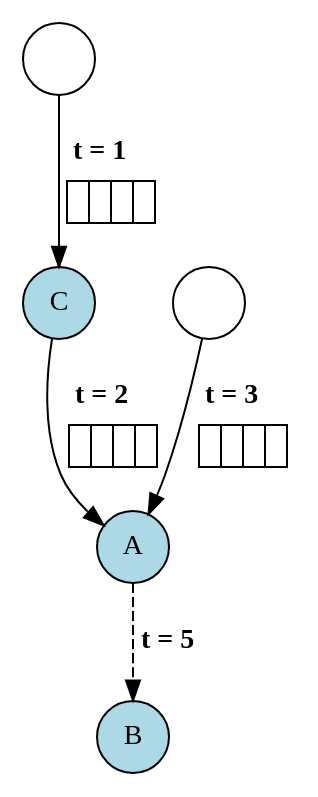
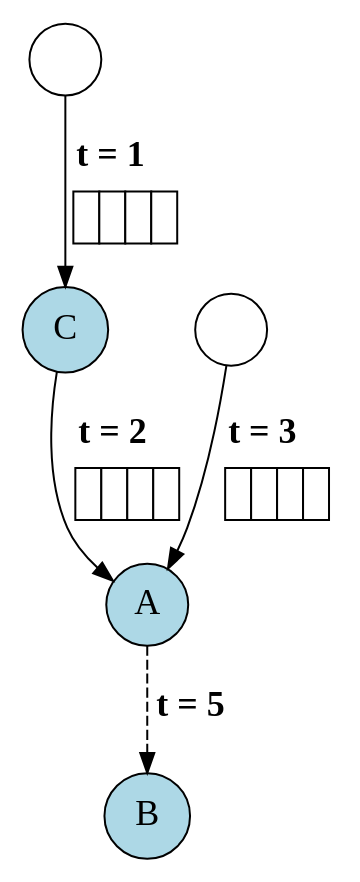
One commit to ds-jrg/TGNNSHAP changed the diagram in Documents/Graphs/Not_masked_Example.dot. Above: the diagram before and after it, drawn with Graphviz. The commit also changed 16 other files, not shown here.

```diff
--- a/Documents/Graphs/Not_masked_Example.dot
+++ b/Documents/Graphs/Not_masked_Example.dot
@@ -1,92 +1,93 @@
 digraph G {
     // A -> B [
     //     label=<
     //     <TABLE BORDER="0" CELLBORDER="1" CELLSPACING="0">
     //         <TR>
     //             <TD BGCOLOR="#eeeeee">0.1</TD>
     //             <TD BGCOLOR="#999999">0.8</TD>
     //             <TD BGCOLOR="#cccccc">0.4</TD>
     //             <TD BGCOLOR="#555555">0.9</TD>
     //         </TR>
     //     </TABLE>
     //     >
     // ];
     margin=0
-    node[label="", shape=circle]
+    node[label="", shape=circle, fontsize=18]
+    edge[fontsize=18]
 
     A [fillcolor=lightblue, style=filled, label="A"];
     B [fillcolor=lightblue, style=filled, label="B"];
     C [fillcolor=lightblue, style=filled, label="C"];
 
     A1 [label = ""];
     A21 [label = ""];
 
     A -> B [label=<
         <TABLE BORDER="0" CELLBORDER="0" CELLSPACING="2">
             <TR>
                 <TD><B>t = 5</B></TD>
             </TR>
         </TABLE>
         >, style=dashed]
     A1 -> A [label=<
         <TABLE BORDER="0" CELLBORDER="0" CELLSPACING="2">
             <TR>
                 <TD><B>t = 3</B></TD>
             </TR>
             <TR>
                 <TD>
                     <TABLE BORDER="0" CELLBORDER="1" CELLSPACING="0">
                         <TR>
                             <TD BGCOLOR="#ffffff"> </TD>
                             <TD BGCOLOR="#ffffff"> </TD>
                             <TD BGCOLOR="#ffffff"> </TD>
                             <TD BGCOLOR="#ffffff"> </TD>
                         </TR>
                     </TABLE>
                 </TD>
             </TR>
 
         </TABLE>
         >]
     C -> A [label=<
         <TABLE BORDER="0" CELLBORDER="0" CELLSPACING="2">
             <TR>
                 <TD><B>t = 2</B></TD>
             </TR>
             <TR>
                 <TD>
                     <TABLE BORDER="0" CELLBORDER="1" CELLSPACING="0">
                         <TR>
                             <TD BGCOLOR="#ffffff"> </TD>
                             <TD BGCOLOR="#ffffff"> </TD>
                             <TD BGCOLOR="#ffffff"> </TD>
                             <TD BGCOLOR="#ffffff"> </TD>
                         </TR>
                     </TABLE>
                 </TD>
             </TR>
 
         </TABLE>
         >]
 
     A21 -> C [label=<
         <TABLE BORDER="0" CELLBORDER="0" CELLSPACING="2">
             <TR>
                 <TD><B>t = 1</B></TD>
             </TR>
             <TR>
                 <TD>
                     <TABLE BORDER="0" CELLBORDER="1" CELLSPACING="0">
                         <TR>
                             <TD BGCOLOR="#ffffff"> </TD>
                             <TD BGCOLOR="#ffffff"> </TD>
                             <TD BGCOLOR="#ffffff"> </TD>
                             <TD BGCOLOR="#ffffff"> </TD>
                         </TR>
                     </TABLE>
                 </TD>
             </TR>
 
         </TABLE>
         >]
 }
```
